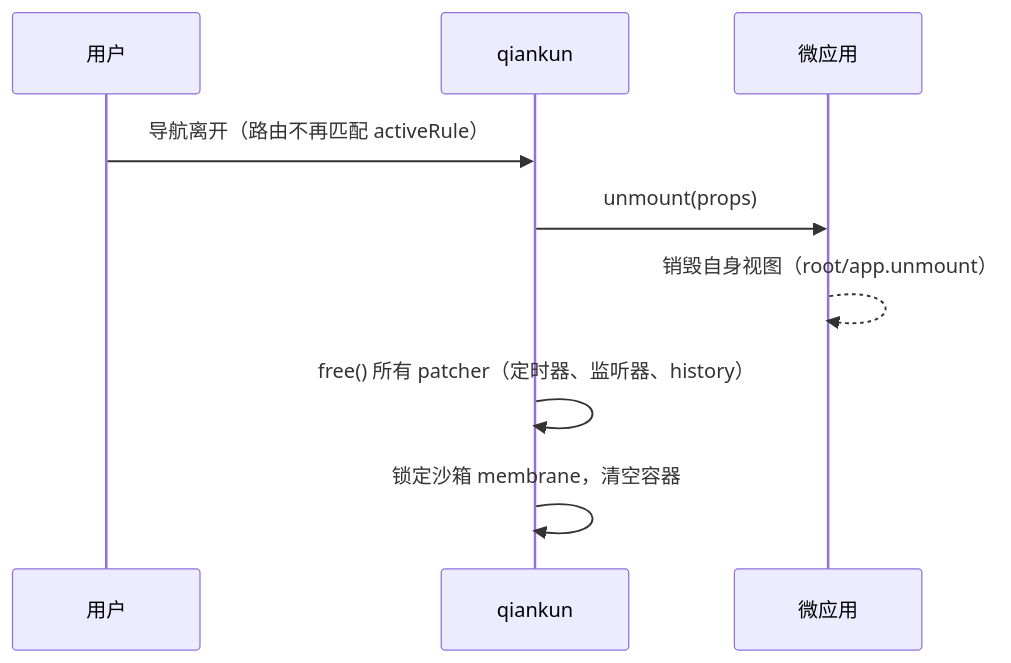
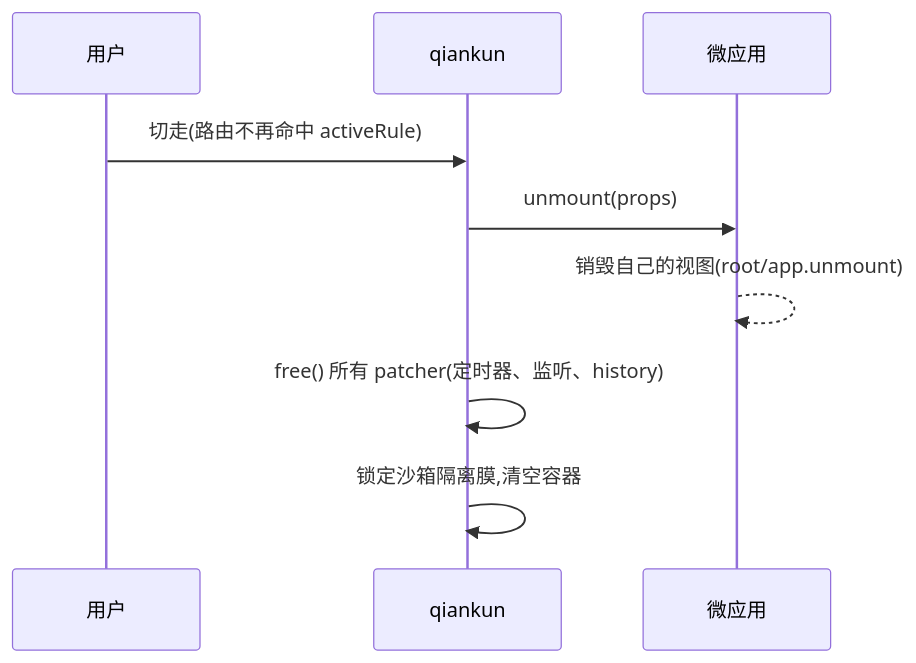
Before and after one commit to umijs/qiankun: the diagram in docs/zh-CN/tutorial/run-and-verify.md, drawn with Mermaid. The commit also changed other lines of this file and 63 other files, not shown here.

````diff
--- a/docs/zh-CN/tutorial/run-and-verify.md
+++ b/docs/zh-CN/tutorial/run-and-verify.md
@@ -122,11 +122,11 @@
 ```mermaid
 sequenceDiagram
   participant U as 用户
   participant Q as qiankun
   participant A as 微应用
-  U->>Q: 导航离开（路由不再匹配 activeRule）
+  U->>Q: 切走(路由不再命中 activeRule)
   Q->>A: unmount(props)
-  A-->>A: 销毁自身视图（root/app.unmount）
-  Q->>Q: free() 所有 patcher（定时器、监听器、history）
-  Q->>Q: 锁定沙箱 membrane，清空容器
+  A-->>A: 销毁自己的视图(root/app.unmount)
+  Q->>Q: free() 所有 patcher(定时器、监听、history)
+  Q->>Q: 锁定沙箱隔离膜,清空容器
 ```
````
